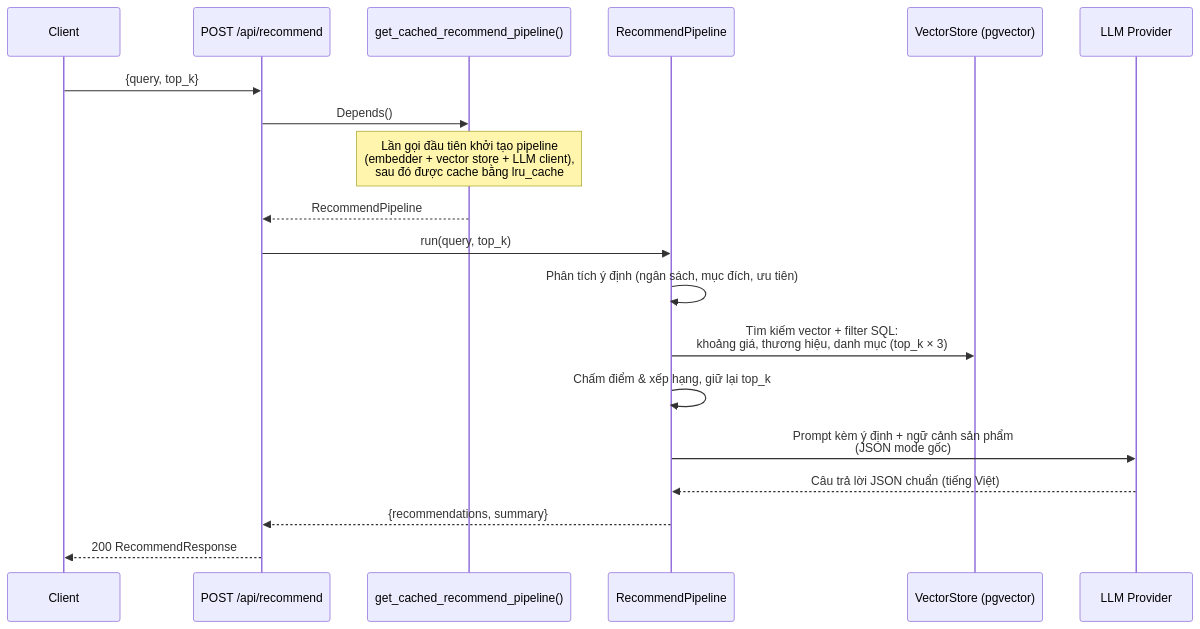
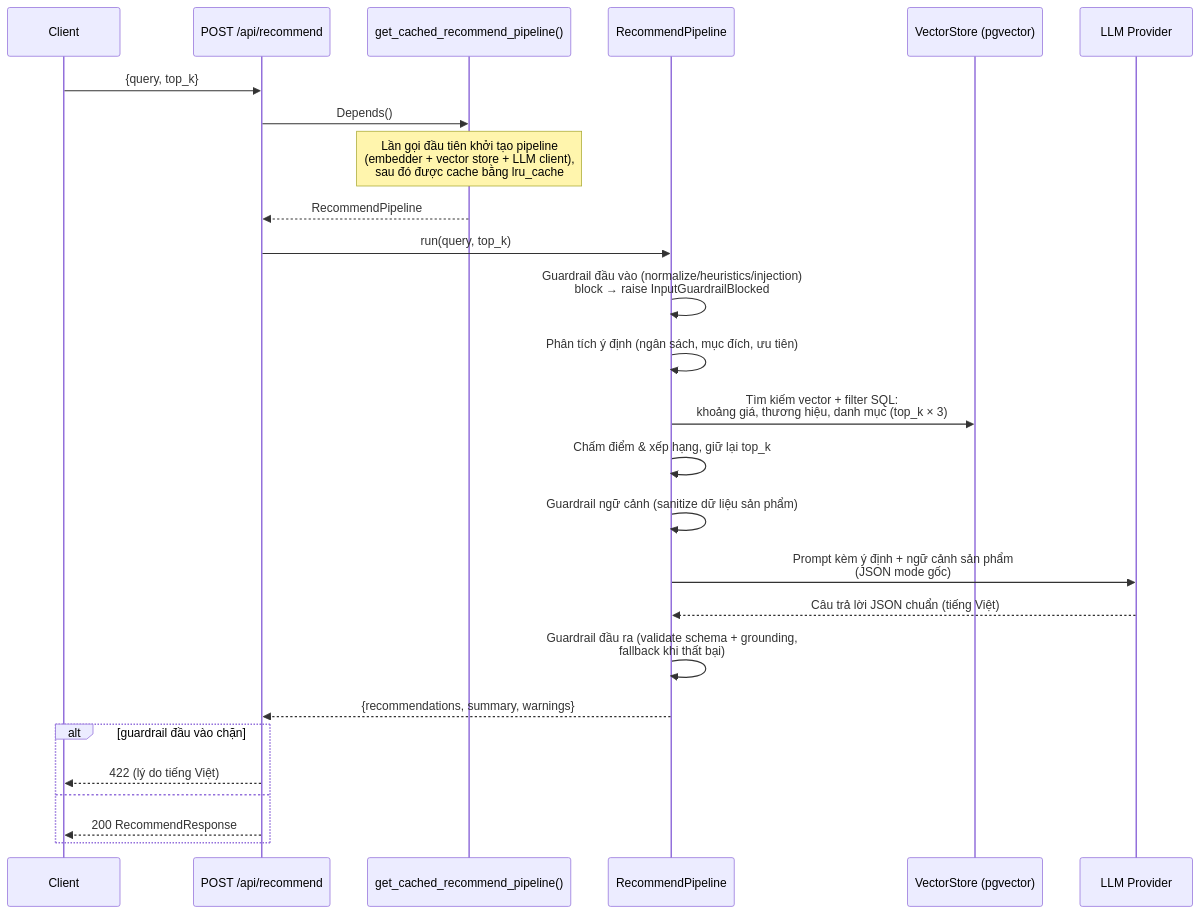
Before and after one commit to nxhawk/techscout-rag-recommend: the diagram in docs/api/endpoints.vi.md, drawn with Mermaid. The commit also changed other lines of this file and 72 other files, not shown here.

````diff
--- a/docs/api/endpoints.vi.md
+++ b/docs/api/endpoints.vi.md
@@ -92,22 +103,29 @@
 ```mermaid
 sequenceDiagram
     participant C as Client
     participant A as POST /api/recommend
     participant D as get_cached_recommend_pipeline()
     participant P as RecommendPipeline
     participant V as VectorStore (pgvector)
     participant L as LLM Provider
 
     C->>A: {query, top_k}
     A->>D: Depends()
     Note over D: Lần gọi đầu tiên khởi tạo pipeline<br/>(embedder + vector store + LLM client),<br/>sau đó được cache bằng lru_cache
     D-->>A: RecommendPipeline
     A->>P: run(query, top_k)
+    P->>P: Guardrail đầu vào (normalize/heuristics/injection)<br/>block → raise InputGuardrailBlocked
     P->>P: Phân tích ý định (ngân sách, mục đích, ưu tiên)
     P->>V: Tìm kiếm vector + filter SQL:<br/>khoảng giá, thương hiệu, danh mục (top_k × 3)
     P->>P: Chấm điểm & xếp hạng, giữ lại top_k
+    P->>P: Guardrail ngữ cảnh (sanitize dữ liệu sản phẩm)
     P->>L: Prompt kèm ý định + ngữ cảnh sản phẩm<br/>(JSON mode gốc)
     L-->>P: Câu trả lời JSON chuẩn (tiếng Việt)
-    P-->>A: {recommendations, summary}
-    A-->>C: 200 RecommendResponse
+    P->>P: Guardrail đầu ra (validate schema + grounding,<br/>fallback khi thất bại)
+    P-->>A: {recommendations, summary, warnings}
+    alt guardrail đầu vào chặn
+        A-->>C: 422 (lý do tiếng Việt)
+    else
+        A-->>C: 200 RecommendResponse
+    end
 ```
````
